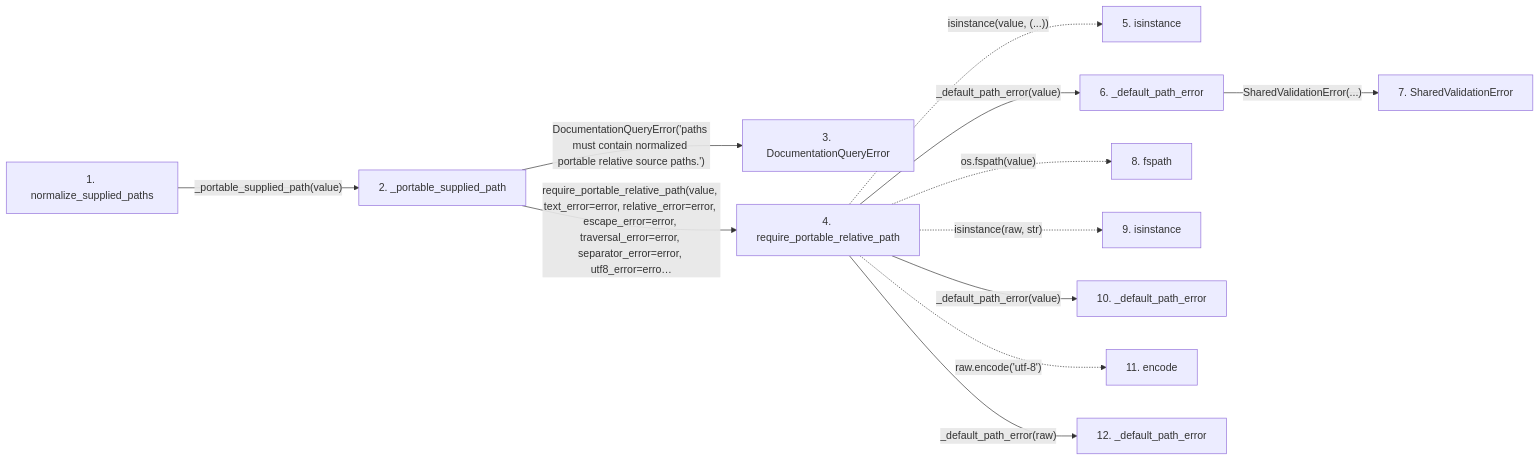
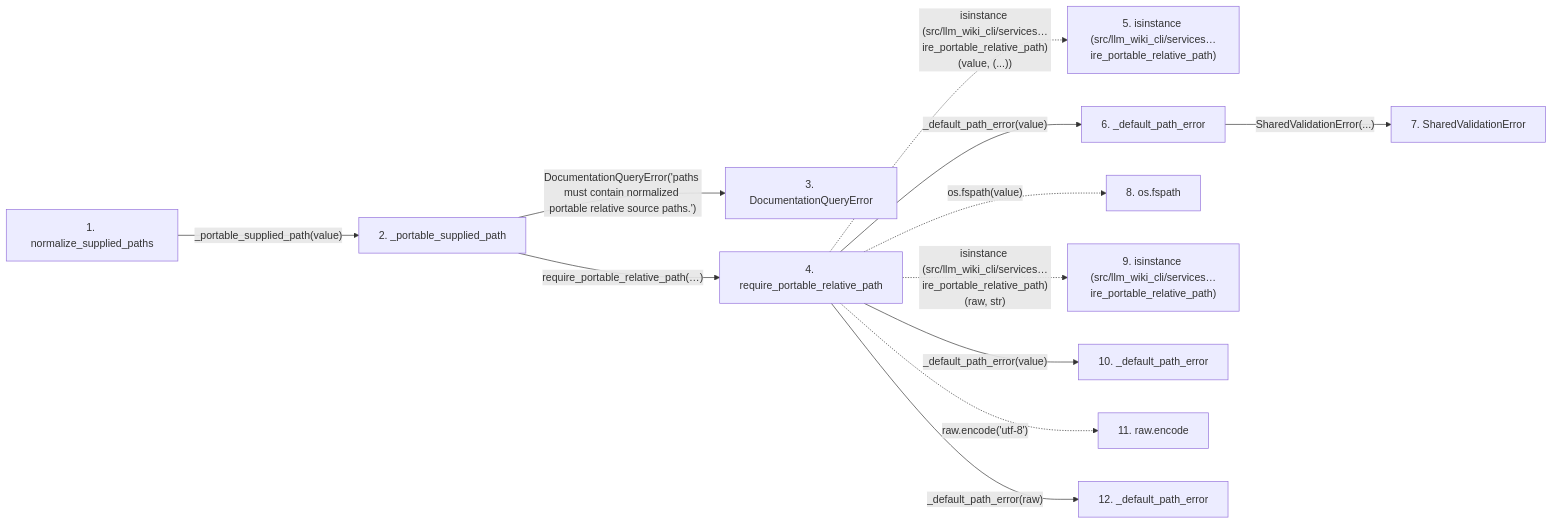
One commit to Denissvgn/python-wiki-llm changed the second of 2 diagrams in docs/llm_wiki/flows/api-normalize_supplied_paths.md. Above: the diagram before and after it, drawn with Mermaid. The commit also changed other lines of this file and 719 other files, not shown here.

````diff
--- a/docs/llm_wiki/flows/api-normalize_supplied_paths.md
+++ b/docs/llm_wiki/flows/api-normalize_supplied_paths.md
@@ -69,34 +71,34 @@
 ```mermaid
 flowchart LR
     s1["1. normalize_supplied_paths"]
     s2["2. _portable_supplied_path"]
     s3["3. DocumentationQueryError"]
     s4["4. require_portable_relative_path"]
-    s5["5. isinstance"]
+    s5["5. isinstance (src/llm_wiki_cli/services…ire_portable_relative_path)"]
     s6["6. _default_path_error"]
     s7["7. SharedValidationError"]
-    s8["8. fspath"]
-    s9["9. isinstance"]
+    s8["8. os.fspath"]
+    s9["9. isinstance (src/llm_wiki_cli/services…ire_portable_relative_path)"]
     s10["10. _default_path_error"]
-    s11["11. encode"]
+    s11["11. raw.encode"]
     s12["12. _default_path_error"]
     s1 -->|"_portable_supplied_path(value)"| s2
     s2 -->|"DocumentationQueryError('paths must contain normalized portable relative source paths.')"| s3
-    s2 -->|"require_portable_relative_path(value, text_error=error, relative_error=error, escape_error=error, traversal_error=error, separator_error=error, utf8_error=erro…"| s4
-    s4 -. "isinstance(value, (...))" .-> s5
+    s2 -->|"require_portable_relative_path(…)"| s4
+    s4 -. "isinstance (src/llm_wiki_cli/services…ire_portable_relative_path)(value, (...))" .-> s5
     s4 -->|"_default_path_error(value)"| s6
     s6 -->|"SharedValidationError(...)"| s7
     s4 -. "os.fspath(value)" .-> s8
-    s4 -. "isinstance(raw, str)" .-> s9
+    s4 -. "isinstance (src/llm_wiki_cli/services…ire_portable_relative_path)(raw, str)" .-> s9
     s4 -->|"_default_path_error(value)"| s10
     s4 -. "raw.encode('utf-8')" .-> s11
     s4 -->|"_default_path_error(raw)"| s12
     click s1 "../modules/documentation_query_builder.md"
     click s2 "../modules/documentation_query_builder.md"
     click s3 "../modules/documentation_queries.md"
     click s4 "../modules/validation.md"
     click s6 "../modules/validation.md"
     click s7 "../modules/validation.md"
     click s10 "../modules/validation.md"
     click s12 "../modules/validation.md"
 ```
````
